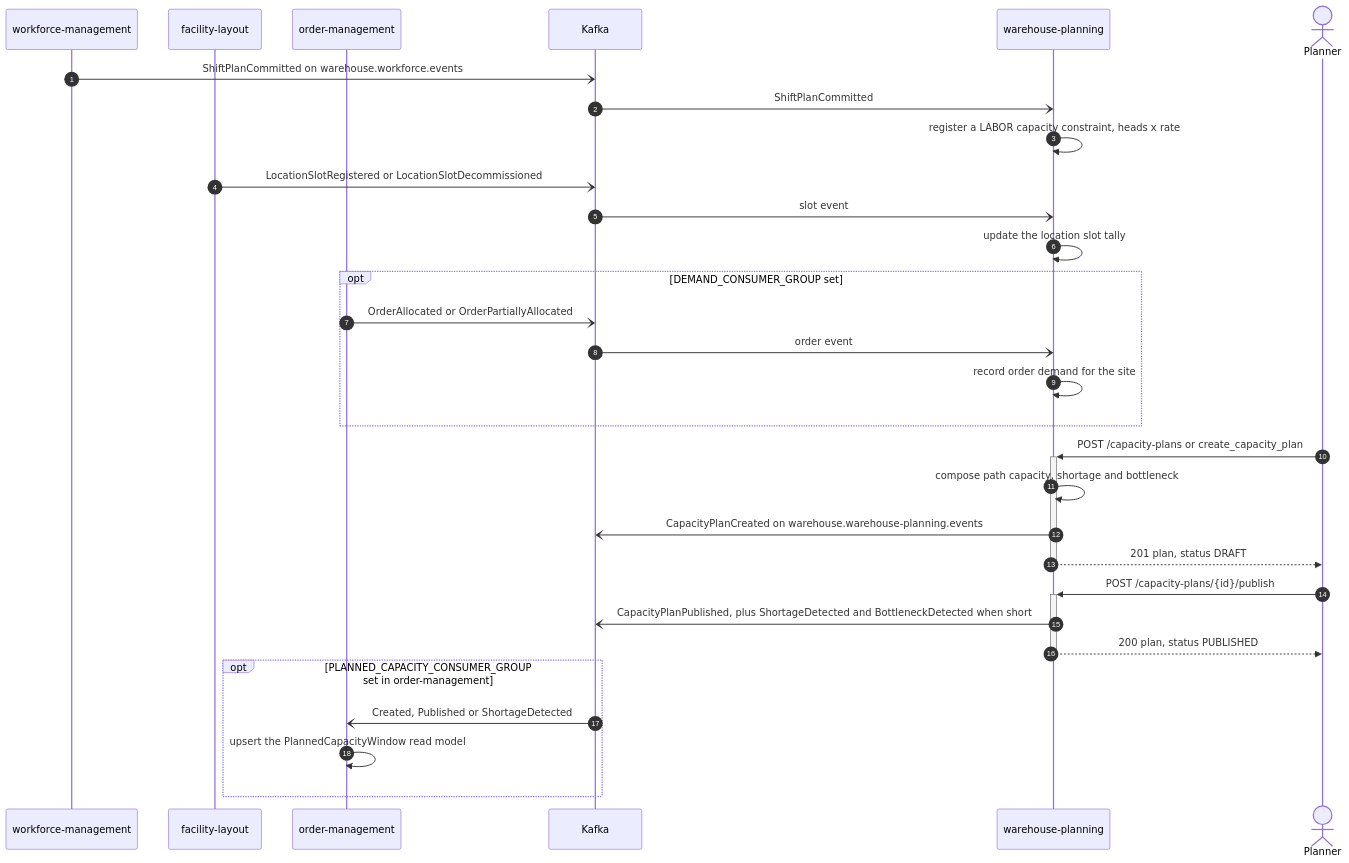
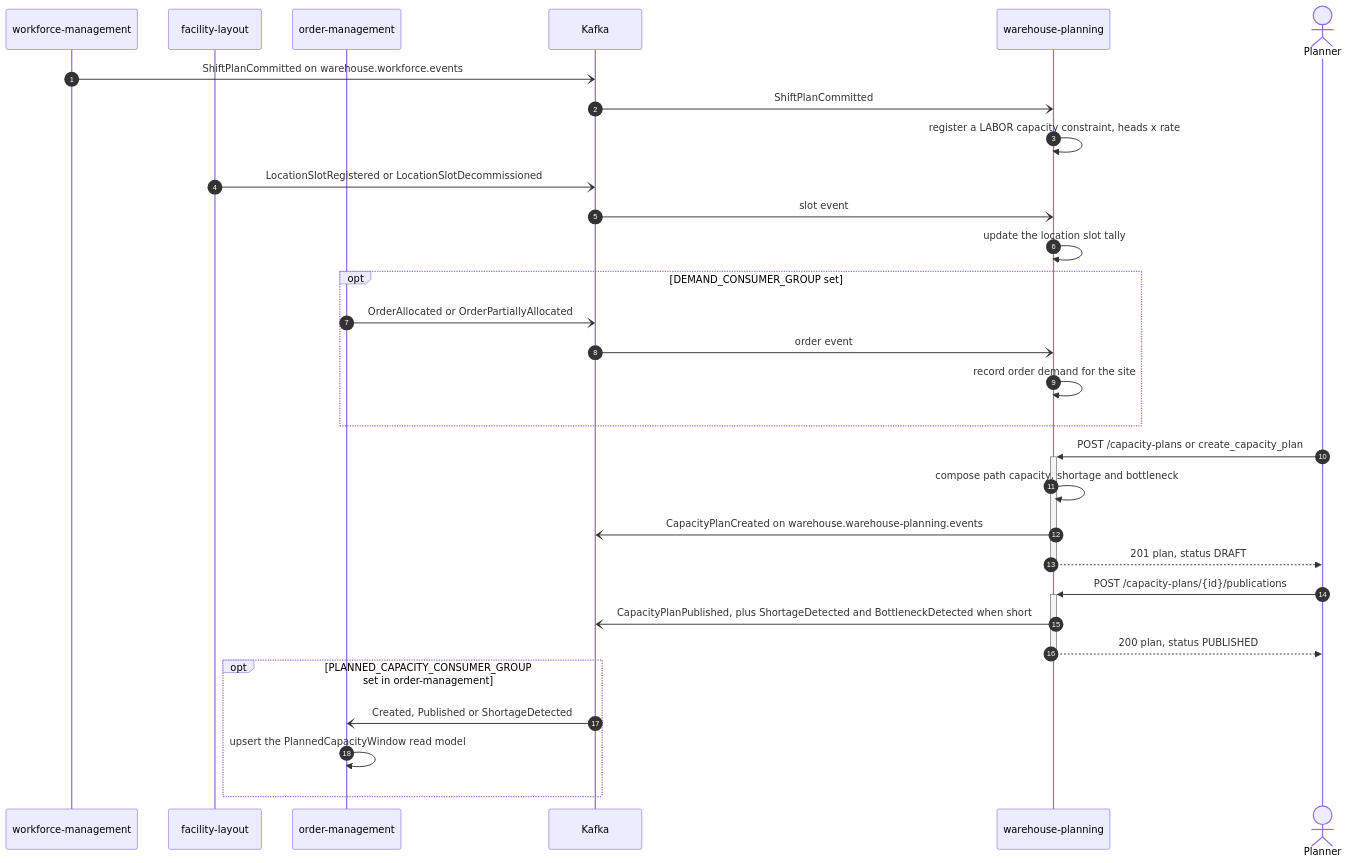
One commit to IQVO/warehouse-docs changed the sixth of 10 diagrams in docs/architecture/runtime-flows.md. Above: the diagram before and after it, drawn with Mermaid. The commit also changed other lines of this file and 272 other files, not shown here.

````diff
--- a/docs/architecture/runtime-flows.md
+++ b/docs/architecture/runtime-flows.md
@@ -278,35 +278,35 @@
 ```mermaid
 sequenceDiagram
     autonumber
     participant WFM as workforce-management
     participant FL as facility-layout
     participant OM as order-management
     participant K as Kafka
     participant WPL as warehouse-planning
     actor Planner
 
     WFM-)K: ShiftPlanCommitted on warehouse.workforce.events
     K-)WPL: ShiftPlanCommitted
     WPL->>WPL: register a LABOR capacity constraint, heads x rate
     FL-)K: LocationSlotRegistered or LocationSlotDecommissioned
     K-)WPL: slot event
     WPL->>WPL: update the location slot tally
     opt DEMAND_CONSUMER_GROUP set
         OM-)K: OrderAllocated or OrderPartiallyAllocated
         K-)WPL: order event
         WPL->>WPL: record order demand for the site
     end
 
     Planner->>+WPL: POST /capacity-plans or create_capacity_plan
     WPL->>WPL: compose path capacity, shortage and bottleneck
     WPL-)K: CapacityPlanCreated on warehouse.warehouse-planning.events
     WPL-->>-Planner: 201 plan, status DRAFT
-    Planner->>+WPL: POST /capacity-plans/{id}/publish
+    Planner->>+WPL: POST /capacity-plans/{id}/publications
     WPL-)K: CapacityPlanPublished, plus ShortageDetected and BottleneckDetected when short
     WPL-->>-Planner: 200 plan, status PUBLISHED
 
     opt PLANNED_CAPACITY_CONSUMER_GROUP set in order-management
         K-)OM: Created, Published or ShortageDetected
         OM->>OM: upsert the PlannedCapacityWindow read model
     end
 ```
````
